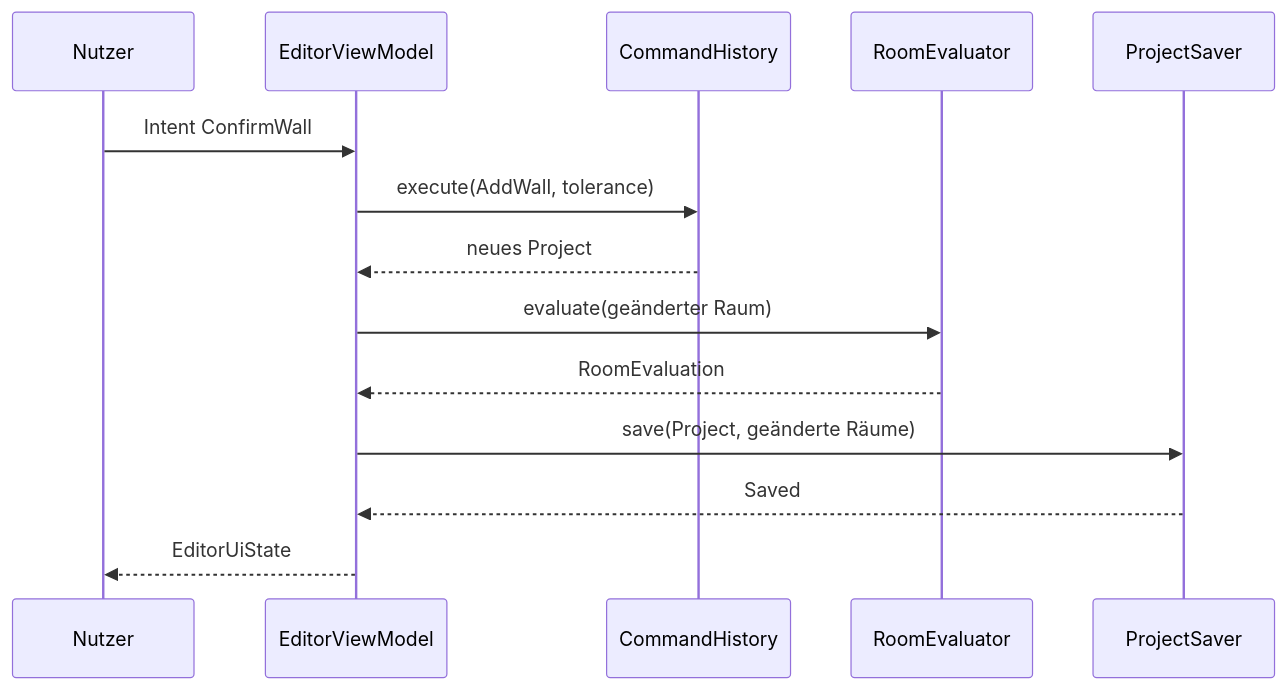
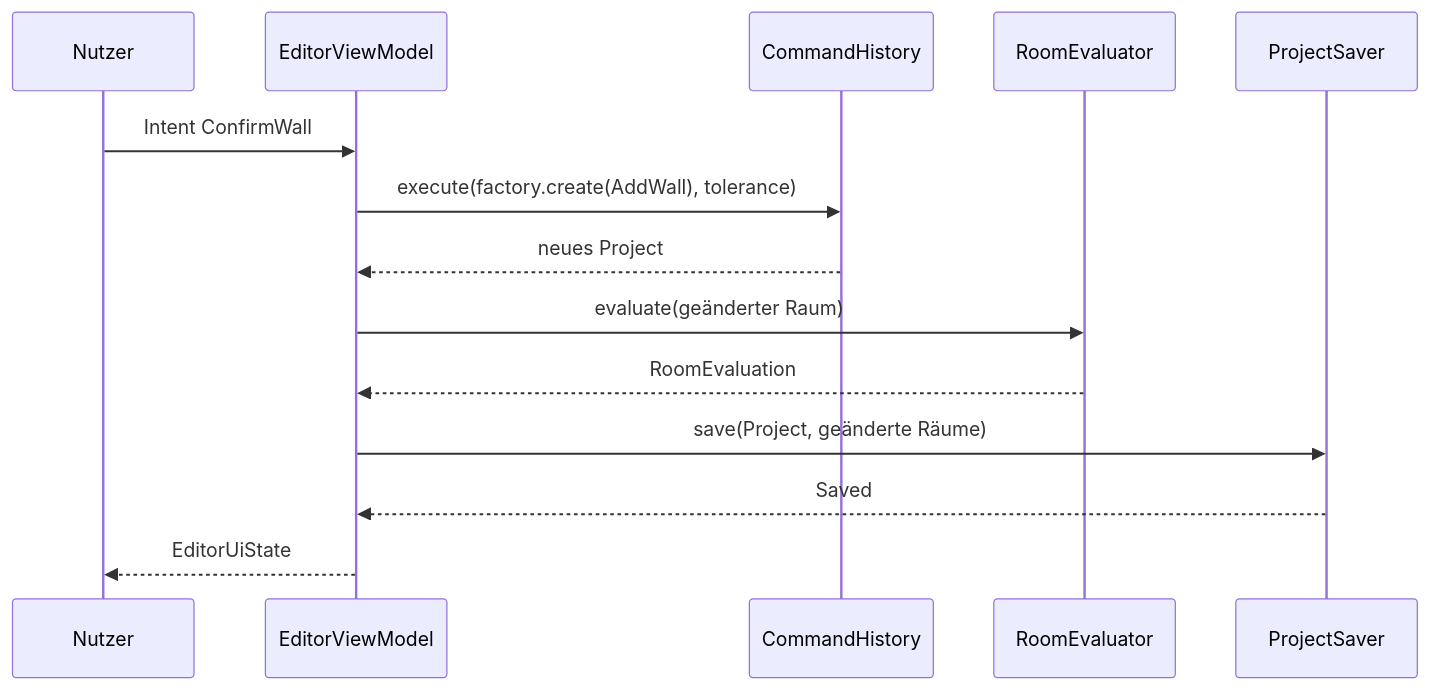
Before and after one commit to anton-314/PlanSnap: the second of 3 diagrams in docs/ARCHITECTURE.md, drawn with Mermaid. The commit also changed 2 other files, not shown here.

Commit message:
docs(domain): specify command factory and output details [T-ARC-002]

````diff
--- a/docs/ARCHITECTURE.md
+++ b/docs/ARCHITECTURE.md
@@ -75,16 +75,16 @@
 ```mermaid
 sequenceDiagram
   participant U as Nutzer
   participant V as EditorViewModel
   participant H as CommandHistory
   participant E as RoomEvaluator
   participant S as ProjectSaver
   U->>V: Intent ConfirmWall
-  V->>H: execute(AddWall, tolerance)
+  V->>H: execute(factory.create(AddWall), tolerance)
   H-->>V: neues Project
   V->>E: evaluate(geänderter Raum)
   E-->>V: RoomEvaluation
   V->>S: save(Project, geänderte Räume)
   S-->>V: Saved
   V-->>U: EditorUiState
 ```
````
